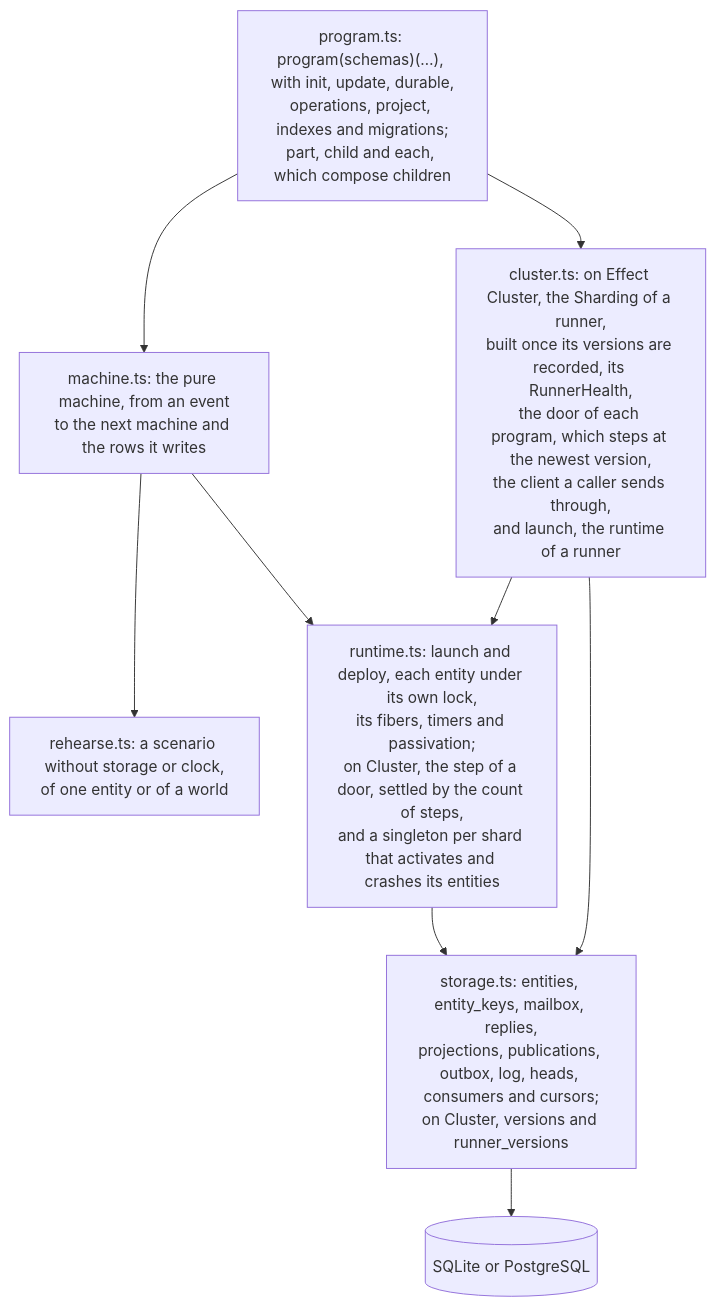
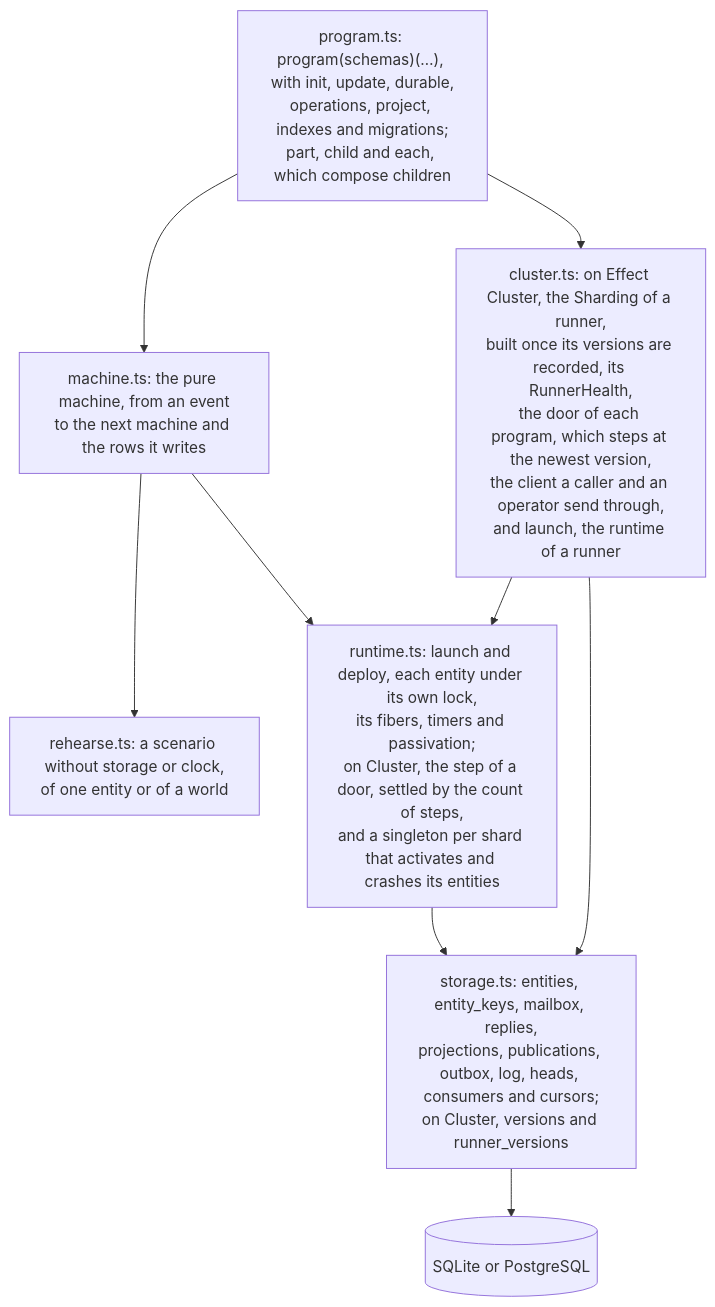
The second of 2 diagrams in README.md (fgaudo/effect-tea-durable), drawn with Mermaid before and after one commit. The commit also changed 8 other files, not shown here.

Commit message:
cluster: send an operator's resume and discard through the door's client

````diff
--- a/README.md
+++ b/README.md
@@ -88,19 +88,19 @@
 ```mermaid
 flowchart TB
   program["program.ts: program(schemas)(…), with init, update, durable,<br/>operations, project, indexes and migrations;<br/>part, child and each, which compose children"]
   machine["machine.ts: the pure machine, from an event<br/>to the next machine and the rows it writes"]
   rehearse["rehearse.ts: a scenario without storage or clock,<br/>of one entity or of a world"]
   runtime["runtime.ts: launch and deploy, each entity under its own lock,<br/>its fibers, timers and passivation;<br/>on Cluster, the step of a door, settled by the count of steps,<br/>and a singleton per shard that activates and crashes its entities"]
-  cluster["cluster.ts: on Effect Cluster, the Sharding of a runner,<br/>built once its versions are recorded, its RunnerHealth,<br/>the door of each program, which steps at the newest version,<br/>the client a caller sends through,<br/>and launch, the runtime of a runner"]
+  cluster["cluster.ts: on Effect Cluster, the Sharding of a runner,<br/>built once its versions are recorded, its RunnerHealth,<br/>the door of each program, which steps at the newest version,<br/>the client a caller and an operator send through,<br/>and launch, the runtime of a runner"]
   storage["storage.ts: entities, entity_keys, mailbox, replies,<br/>projections, publications, outbox, log, heads, consumers and cursors;<br/>on Cluster, versions and runner_versions"]
   db[(SQLite or PostgreSQL)]
 
   program --> machine
   machine --> rehearse
   machine --> runtime
   program --> cluster
   runtime --> storage
   cluster --> runtime
   cluster --> storage
   storage --> db
 ```
````
